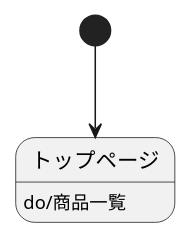
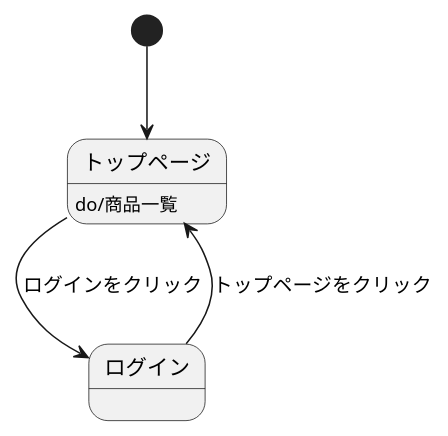
The diagram in orizinaru.md (Aso2001388/2021sys-design), drawn with PlantUML before and after one commit.

````diff
--- a/orizinaru.md
+++ b/orizinaru.md
@@ -1,6 +1,8 @@
 ```uml 
 @startuml
 [*]-->トップページ
 トップページ : do/商品一覧
+トップページ-->ログイン: ログインをクリック
+ログイン-->トップページ: トップページをクリック
 @enduml
 ``` 
````
